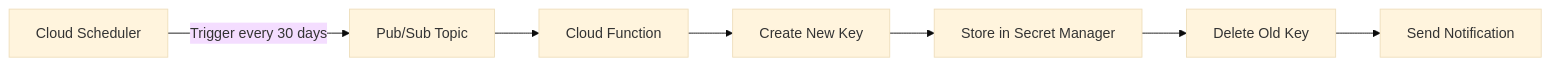
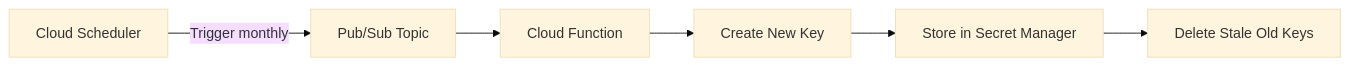
The diagram in posts/2026-02-17-how-to-rotate-service-account-keys-automatically-in-gcp/README.md (OneUptime/blog), drawn with Mermaid (base theme) before and after one commit. The commit also changed other lines of this file and 2 other files, not shown here.

Commit message:
validate: 2026-02-17-how-to-rotate-service-account-keys-automatically-in-gcp

````diff
--- a/posts/2026-02-17-how-to-rotate-service-account-keys-automatically-in-gcp/README.md
+++ b/posts/2026-02-17-how-to-rotate-service-account-keys-automatically-in-gcp/README.md
@@ -26,9 +26,8 @@
 ```mermaid
 flowchart LR
-    A[Cloud Scheduler] -->|Trigger every 30 days| B[Pub/Sub Topic]
+    A[Cloud Scheduler] -->|Trigger monthly| B[Pub/Sub Topic]
     B --> C[Cloud Function]
     C --> D[Create New Key]
     D --> E[Store in Secret Manager]
-    E --> F[Delete Old Key]
-    F --> G[Send Notification]
+    E --> F[Delete Stale Old Keys]
 ```
````
